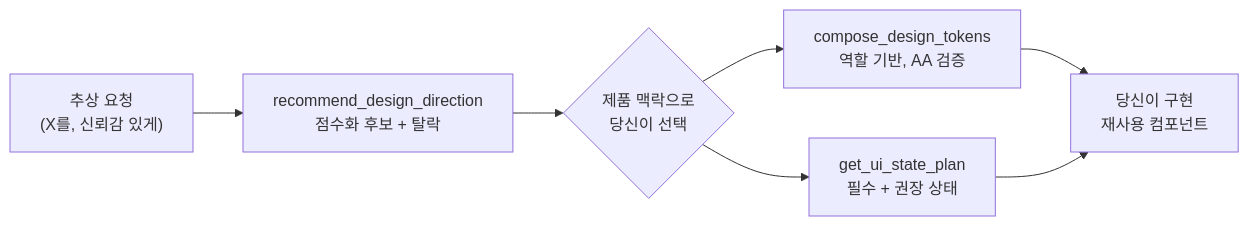
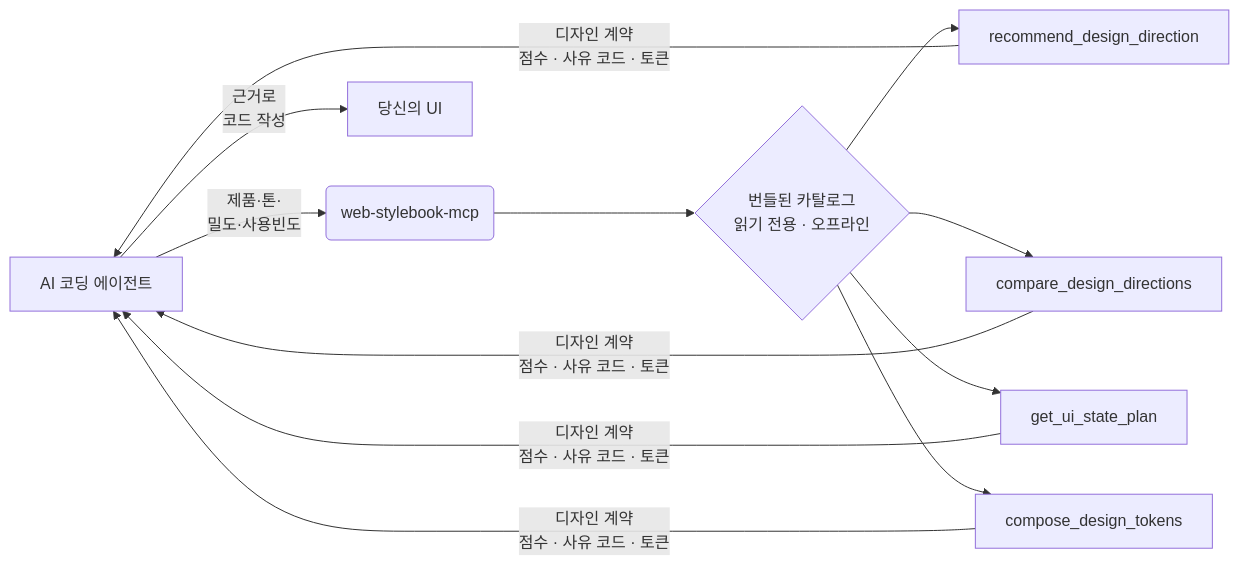
Before and after one commit to seungdori/web-stylebook-mcp: the diagram in README.ko.md, drawn with Mermaid. The commit also changed other lines of this file and 1 other file, not shown here.

````diff
--- a/README.ko.md
+++ b/README.ko.md
@@ -45,9 +88,11 @@
 ```mermaid
 flowchart LR
-    A["추상 요청<br/>(X를, 신뢰감 있게)"] --> B["recommend_design_direction<br/>점수화 후보 + 탈락"]
-    B --> C{"제품 맥락으로<br/>당신이 선택"}
-    C --> D["compose_design_tokens<br/>역할 기반, AA 검증"]
-    C --> E["get_ui_state_plan<br/>필수 + 권장 상태"]
-    D --> F["당신이 구현<br/>재사용 컴포넌트"]
-    E --> F
+    A[AI 코딩 에이전트] -->|제품·톤·<br/>밀도·사용빈도| B(web-stylebook-mcp)
+    B --> C{번들된 카탈로그<br/>읽기 전용 · 오프라인}
+    C --> D[recommend_design_direction]
+    C --> E[compare_design_directions]
+    C --> F[get_ui_state_plan]
+    C --> G[compose_design_tokens]
+    D & E & F & G -->|디자인 계약<br/>점수 · 사유 코드 · 토큰| A
+    A -->|근거로<br/>코드 작성| H[당신의 UI]
 ```
````
